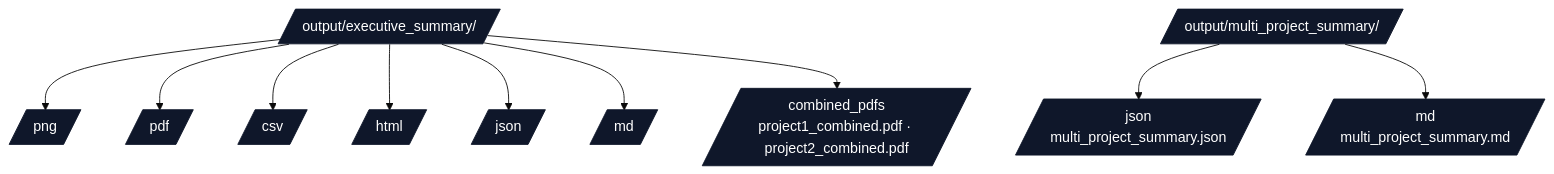
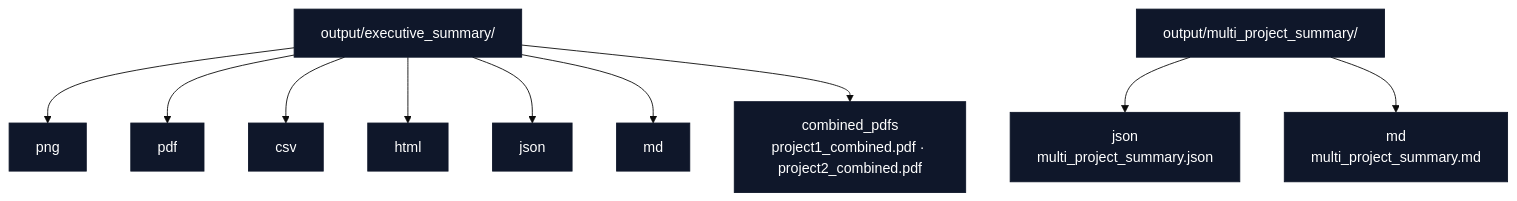
One commit to docxology/template changed the second of 3 diagrams in infrastructure/reporting/AGENTS.md. Above: the diagram before and after it, drawn with Mermaid (base theme). The commit also changed other lines of this file and 94 other files, not shown here.

````diff
--- a/infrastructure/reporting/AGENTS.md
+++ b/infrastructure/reporting/AGENTS.md
@@ -140,18 +140,18 @@
 ```mermaid
 flowchart TB
-    EX[/output/executive_summary//]
-    EX --> PNG[/png/]
-    EX --> PDF[/pdf/]
-    EX --> CSV[/csv/]
-    EX --> HTML[/html/]
-    EX --> JSON[/json/]
-    EX --> MD[/md/]
-    EX --> CB[/combined_pdfs<br/>project1_combined.pdf · project2_combined.pdf/]
+    EX[output/executive_summary/]
+    EX --> PNG[png]
+    EX --> PDF[pdf]
+    EX --> CSV[csv]
+    EX --> HTML[html]
+    EX --> JSON[json]
+    EX --> MD[md]
+    EX --> CB[combined_pdfs<br/>project1_combined.pdf · project2_combined.pdf]
 
-    MS[/output/multi_project_summary//]
-    MS --> MS_JSON[/json<br/>multi_project_summary.json/]
-    MS --> MS_MD[/md<br/>multi_project_summary.md/]
+    MS[output/multi_project_summary/]
+    MS --> MS_JSON[json<br/>multi_project_summary.json]
+    MS --> MS_MD[md<br/>multi_project_summary.md]
 
     classDef d fill:#0f172a,stroke:#0f172a,color:#fff
     class EX,PNG,PDF,CSV,HTML,JSON,MD,CB,MS,MS_JSON,MS_MD d
 ```
````
